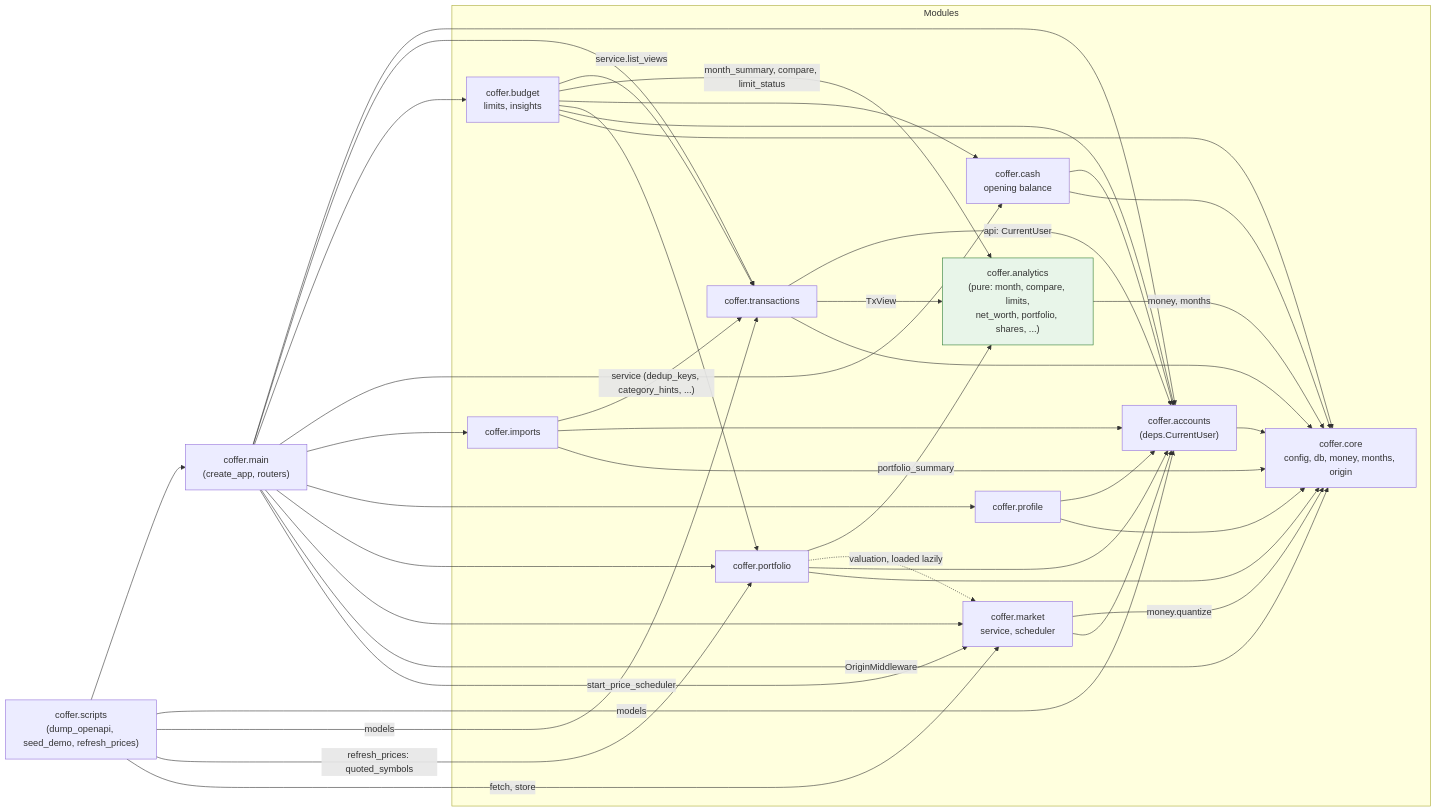
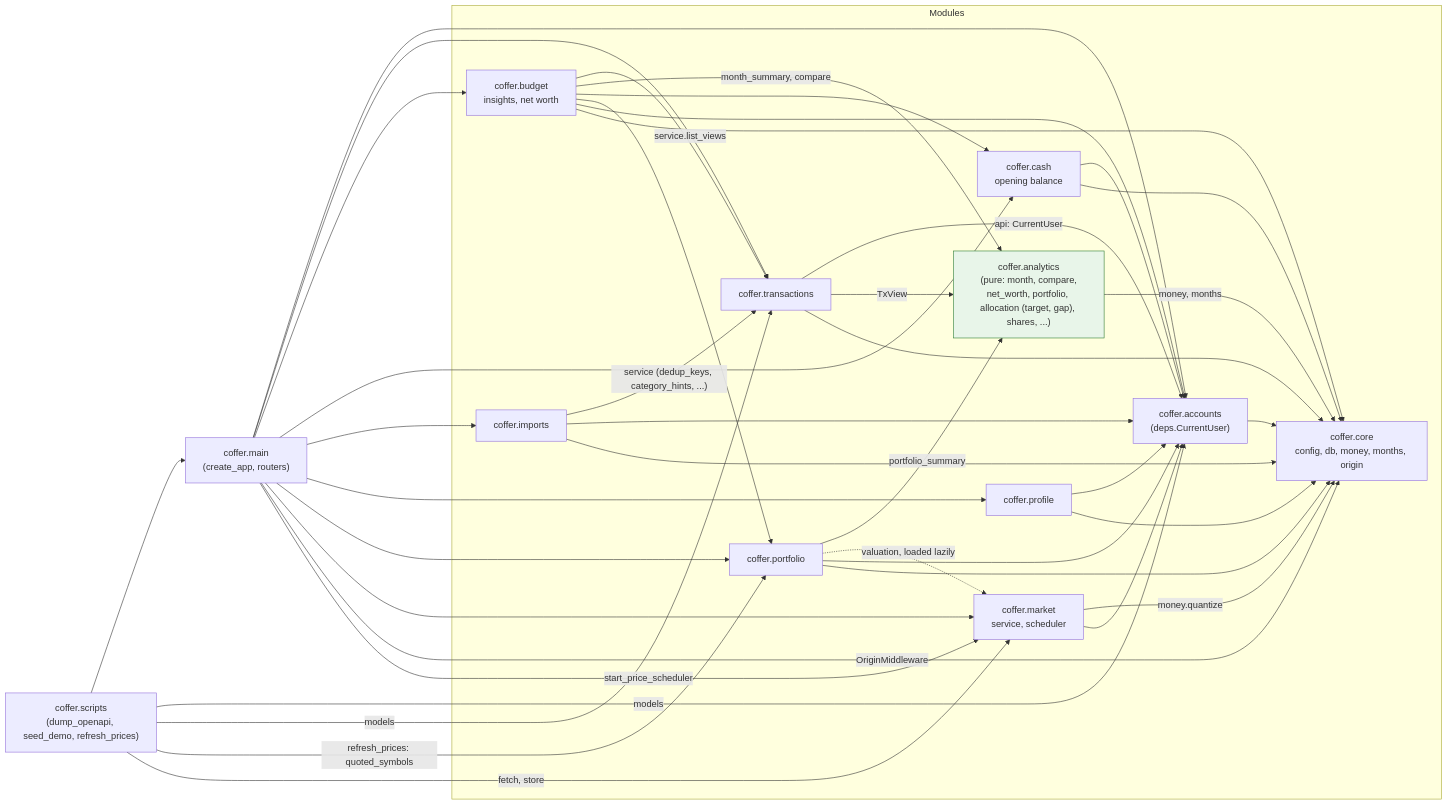
Before and after one commit to krzysztof-wojtowicz/coffer-demo: the third of 5 diagrams in docs/architecture.md, drawn with Mermaid. The commit also changed other lines of this file and 83 other files, not shown here.

First line of the commit message:
ui-upgrades: target allocation, display name, settings layout, limits removed

````diff
--- a/docs/architecture.md
+++ b/docs/architecture.md
@@ -90,55 +90,55 @@
 ```mermaid
 flowchart LR
     main["coffer.main<br/>(create_app, routers)"]
     scripts["coffer.scripts<br/>(dump_openapi, seed_demo, refresh_prices)"]
 
     subgraph core_layer["Modules"]
         accounts["coffer.accounts<br/>(deps.CurrentUser)"]
         transactions["coffer.transactions"]
-        budget["coffer.budget<br/>limits, insights"]
+        budget["coffer.budget<br/>insights, net worth"]
         cash["coffer.cash<br/>opening balance"]
         imports["coffer.imports"]
         profile["coffer.profile"]
         portfolio["coffer.portfolio"]
         market["coffer.market<br/>service, scheduler"]
-        analytics["coffer.analytics<br/>(pure: month, compare, limits,<br/>net_worth, portfolio, shares, ...)"]
+        analytics["coffer.analytics<br/>(pure: month, compare,<br/>net_worth, portfolio, allocation (target, gap), shares, ...)"]
         core["coffer.core<br/>config, db, money, months, origin"]
     end
 
     main --> accounts & transactions & budget & cash & imports & profile & portfolio & market
     main -->|"OriginMiddleware"| core
     main -->|"start_price_scheduler"| market
     scripts --> main
     scripts -->|"models"| accounts
     scripts -->|"models"| transactions
     scripts -->|"refresh_prices: quoted_symbols"| portfolio
     scripts -->|"fetch, store"| market
 
     accounts --> core
     transactions -->|"api: CurrentUser"| accounts
     transactions -->|"TxView"| analytics
     transactions --> core
     budget -->|"service.list_views"| transactions
-    budget -->|"month_summary, compare, limit_status"| analytics
+    budget -->|"month_summary, compare"| analytics
     budget --> cash
     budget --> portfolio
     budget --> accounts
     budget --> core
     cash --> accounts
     cash --> core
     imports -->|"service (dedup_keys, category_hints, ...)"| transactions
     imports --> accounts
     imports --> core
     profile --> accounts
     profile --> core
     portfolio -->|"portfolio_summary"| analytics
     portfolio -.->|"valuation, loaded lazily"| market
     portfolio --> accounts
     portfolio --> core
     market -->|"money.quantize"| core
     market --> accounts
     analytics -->|"money, months"| core
 
     classDef pure fill:#e8f5e9,stroke:#2e7d32
     class analytics pure
 ```
````
